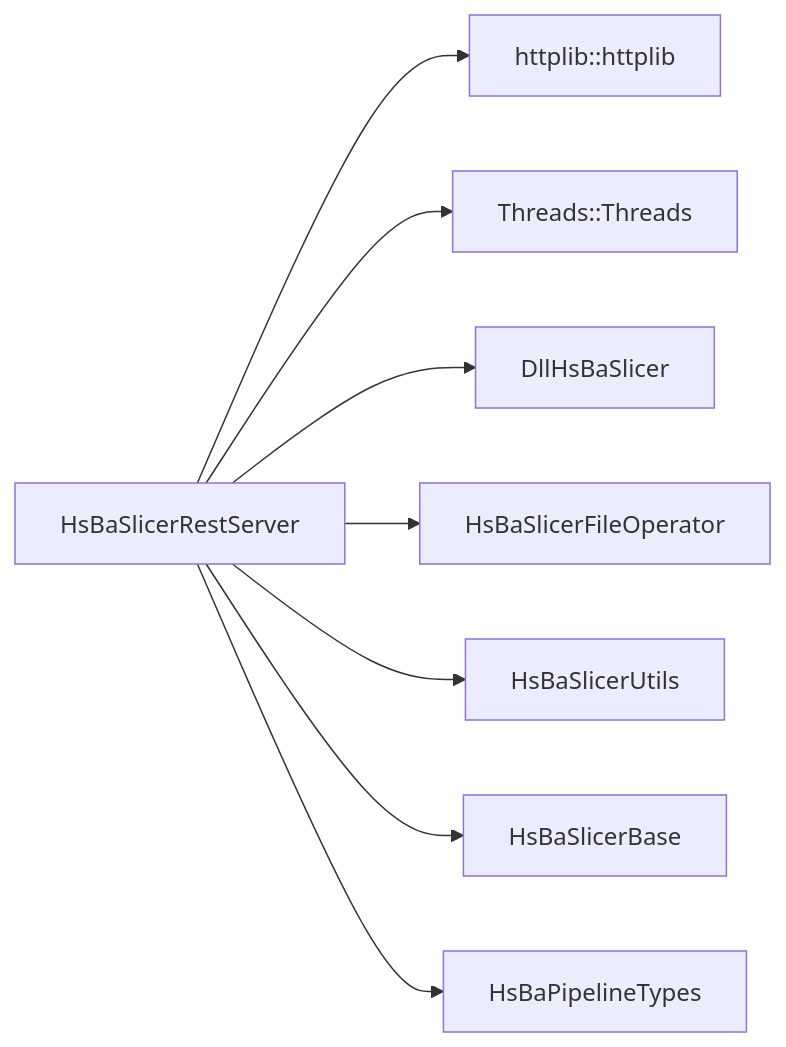
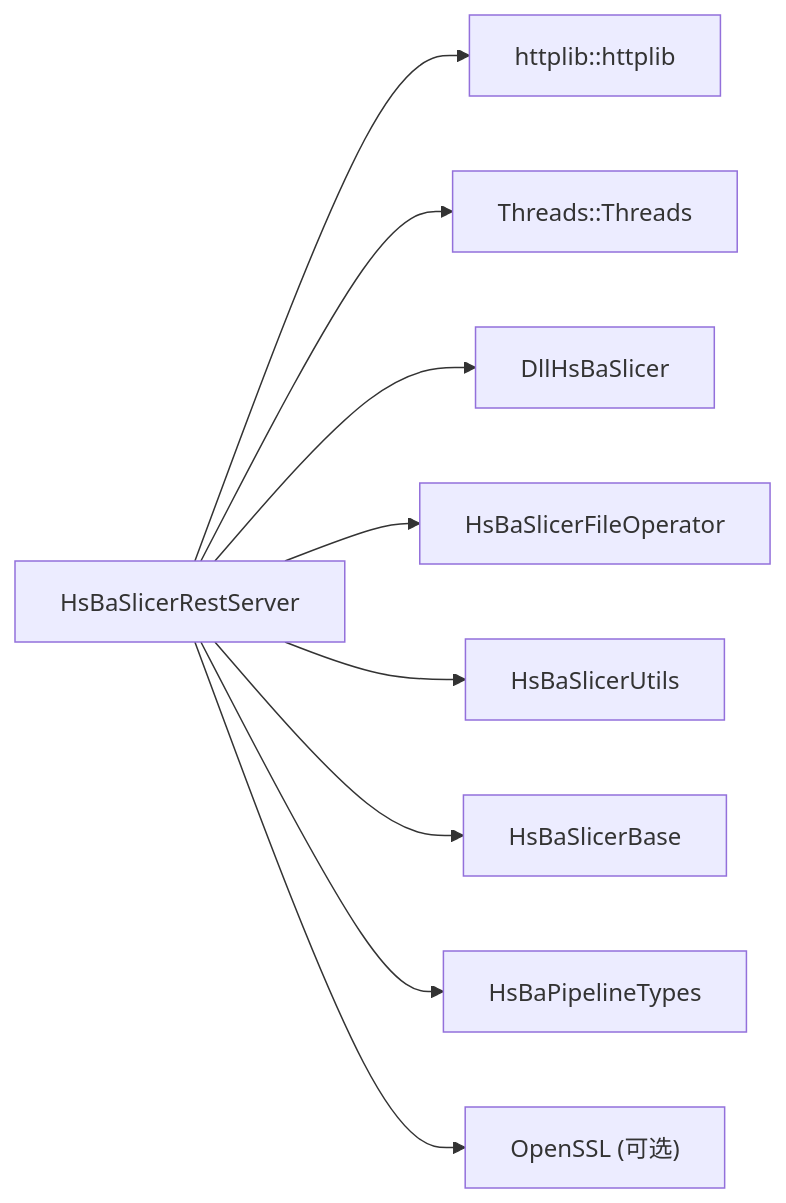
Before and after one commit to hsmbanlance/HsBaSlicer: diagram 15 of 16 in .qoder/repowiki/zh/content/高级主题/REST API 服务进程.md, drawn with Mermaid. The commit also changed other lines of this file and 101 other files, not shown here.

````diff
--- a/.qoder/repowiki/zh/content/高级主题/REST API 服务进程.md
+++ b/.qoder/repowiki/zh/content/高级主题/REST API 服务进程.md
@@ -584,10 +753,11 @@
 ```mermaid
 graph LR
 RestServer["HsBaSlicerRestServer"] --> Httplib["httplib::httplib"]
 RestServer --> Threads["Threads::Threads"]
 RestServer --> Dll["DllHsBaSlicer"]
 RestServer --> FileOp["HsBaSlicerFileOperator"]
 RestServer --> Utils["HsBaSlicerUtils"]
 RestServer --> Base["HsBaSlicerBase"]
 RestServer --> Types["HsBaPipelineTypes"]
+RestServer --> OpenSSL["OpenSSL (可选)"]
 ```
````
